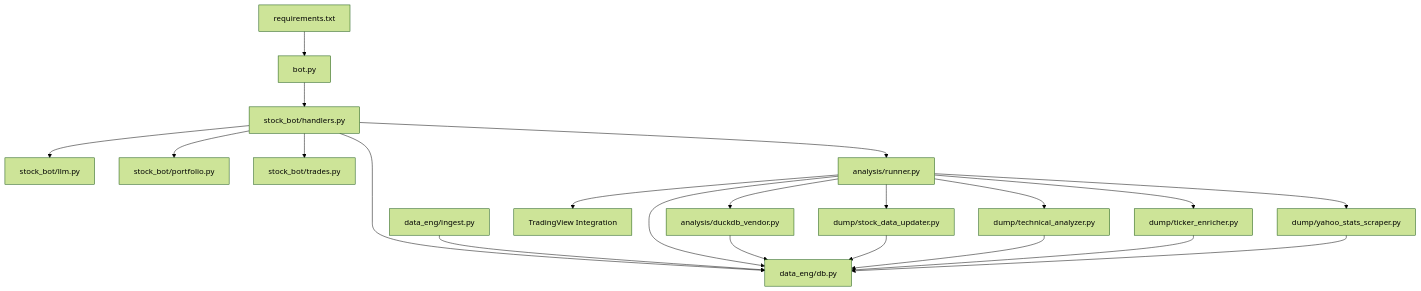
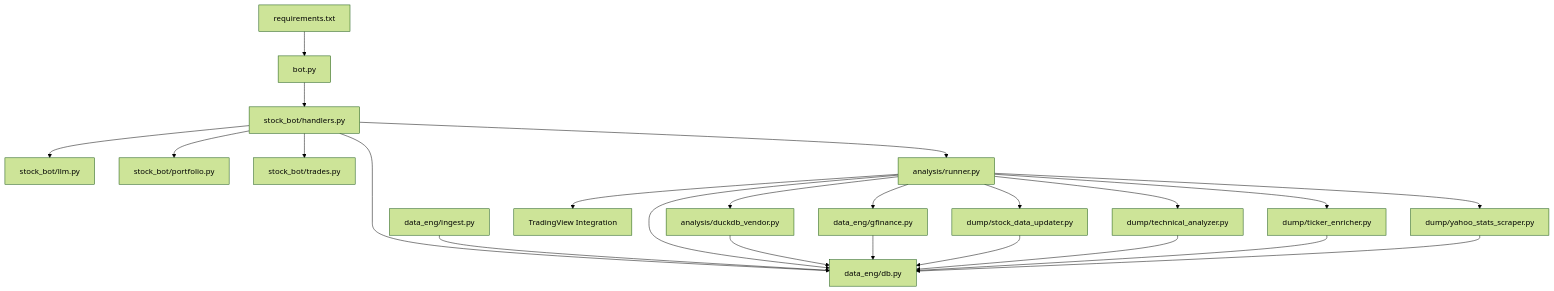
One commit to ZengSeng/telegram-bot changed diagram 13 of 13 in .qoder/repowiki/en/content/Core Components/Analysis Framework.md. Above: the diagram before and after it, drawn with Mermaid (forest theme). The commit also changed other lines of this file and 22 other files, not shown here.

````diff
--- a/.qoder/repowiki/en/content/Core Components/Analysis Framework.md
+++ b/.qoder/repowiki/en/content/Core Components/Analysis Framework.md
@@ -552,38 +628,41 @@
 ```mermaid
 graph TB
 REQ["requirements.txt"]
 BOT["bot.py"]
 HANDLER["stock_bot/handlers.py"]
 LLM["stock_bot/llm.py"]
 PORTFOLIO["stock_bot/portfolio.py"]
 TRADES["stock_bot/trades.py"]
 DB["data_eng/db.py"]
 INGEST["data_eng/ingest.py"]
 RUNNER["analysis/runner.py"]
 DUCK["analysis/duckdb_vendor.py"]
 TRADINGVIEW["TradingView Integration"]
+GFIN["data_eng/gfinance.py"]
 SDU["dump/stock_data_updater.py"]
 TA["dump/technical_analyzer.py"]
 TE["dump/ticker_enricher.py"]
 YSS["dump/yahoo_stats_scraper.py"]
 REQ --> BOT
 BOT --> HANDLER
 HANDLER --> LLM
 HANDLER --> PORTFOLIO
 HANDLER --> TRADES
 HANDLER --> RUNNER
 HANDLER --> DB
 INGEST --> DB
 RUNNER --> DUCK
 RUNNER --> TRADINGVIEW
+RUNNER --> GFIN
 RUNNER --> SDU
 RUNNER --> TA
 RUNNER --> TE
 RUNNER --> YSS
 RUNNER --> DB
 DUCK --> DB
+GFIN --> DB
 SDU --> DB
 TA --> DB
 TE --> DB
 YSS --> DB
 ```
````
